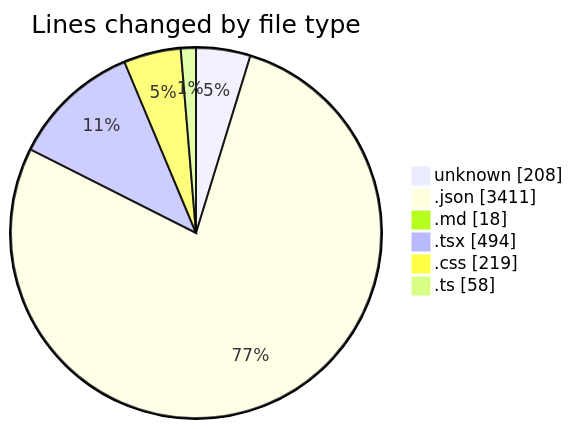
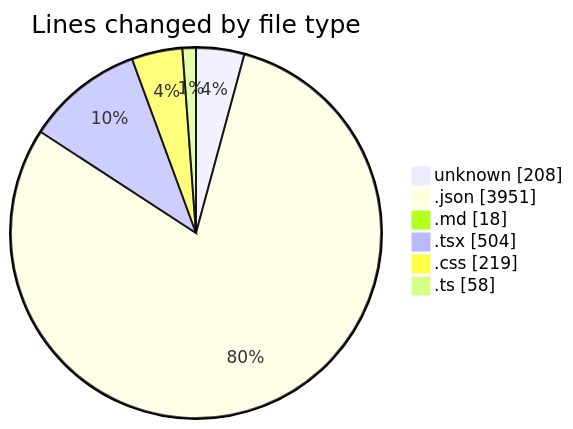
One commit to EIIisD/code-tracking changed the first of 2 diagrams in 2025-08-07/ribbon/README.md. Above: the diagram before and after it, drawn with Mermaid. The commit also changed other lines of this file and 1 other file, not shown here.

````diff
--- a/2025-08-07/ribbon/README.md
+++ b/2025-08-07/ribbon/README.md
@@ -31,10 +32,10 @@
 ```mermaid
 pie showData
 title Lines changed by file type
 "unknown" : 208
-".json" : 3411
+".json" : 3951
 ".md" : 18
-".tsx" : 494
+".tsx" : 504
 ".css" : 219
 ".ts" : 58
 ```
````
